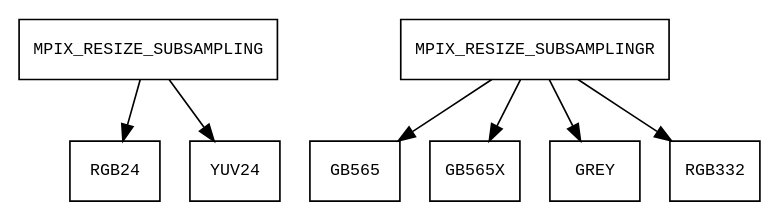
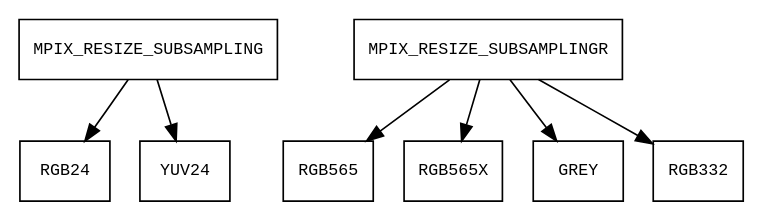
One commit to thecapn32/libmpix changed the diagram in docs/dot/op_resize.dot. Above: the diagram before and after it, drawn with Graphviz. The commit also changed 1 other file, not shown here.

Commit message:
docs: fix RGB565/RGB565X graphviz graph

```diff
--- a/docs/dot/op_resize.dot
+++ b/docs/dot/op_resize.dot
@@ -1,27 +1,27 @@
 digraph mpix_op_convert_list {
     node [fontname=monospace, fontsize=10, shape=record];
 
     RGB24 [ label="RGB24" URL="@ref MPIX_FMT_RGB24"];
     MPIX_RESIZE_SUBSAMPLING [ label="MPIX_RESIZE_SUBSAMPLING" URL="@ref MPIX_RESIZE_MPIX_RESIZE_SUBSAMPLING"];
     MPIX_RESIZE_SUBSAMPLING -> RGB24 [label="", fontname=monospace, fontsize=9];
 
     YUV24 [ label="YUV24" URL="@ref MPIX_FMT_YUV24"];
     MPIX_RESIZE_SUBSAMPLING [ label="MPIX_RESIZE_SUBSAMPLING" URL="@ref MPIX_RESIZE_MPIX_RESIZE_SUBSAMPLING"];
     MPIX_RESIZE_SUBSAMPLING -> YUV24 [label="", fontname=monospace, fontsize=9];
 
-    GB565 [ label="GB565" URL="@ref MPIX_FMT_GB565"];
+    RGB565 [ label="RGB565" URL="@ref MPIX_FMT_RGB565"];
     MPIX_RESIZE_SUBSAMPLINGR [ label="MPIX_RESIZE_SUBSAMPLINGR" URL="@ref MPIX_RESIZE_MPIX_RESIZE_SUBSAMPLINGR"];
-    MPIX_RESIZE_SUBSAMPLINGR -> GB565 [label="", fontname=monospace, fontsize=9];
+    MPIX_RESIZE_SUBSAMPLINGR -> RGB565 [label="", fontname=monospace, fontsize=9];
 
-    GB565X [ label="GB565X" URL="@ref MPIX_FMT_GB565X"];
+    RGB565X [ label="RGB565X" URL="@ref MPIX_FMT_RGB565X"];
     MPIX_RESIZE_SUBSAMPLINGR [ label="MPIX_RESIZE_SUBSAMPLINGR" URL="@ref MPIX_RESIZE_MPIX_RESIZE_SUBSAMPLINGR"];
-    MPIX_RESIZE_SUBSAMPLINGR -> GB565X [label="", fontname=monospace, fontsize=9];
+    MPIX_RESIZE_SUBSAMPLINGR -> RGB565X [label="", fontname=monospace, fontsize=9];
 
     GREY [ label="GREY" URL="@ref MPIX_FMT_GREY"];
     MPIX_RESIZE_SUBSAMPLINGR [ label="MPIX_RESIZE_SUBSAMPLINGR" URL="@ref MPIX_RESIZE_MPIX_RESIZE_SUBSAMPLINGR"];
     MPIX_RESIZE_SUBSAMPLINGR -> GREY [label="", fontname=monospace, fontsize=9];
 
     RGB332 [ label="RGB332" URL="@ref MPIX_FMT_RGB332"];
     MPIX_RESIZE_SUBSAMPLINGR [ label="MPIX_RESIZE_SUBSAMPLINGR" URL="@ref MPIX_RESIZE_MPIX_RESIZE_SUBSAMPLINGR"];
     MPIX_RESIZE_SUBSAMPLINGR -> RGB332 [label="", fontname=monospace, fontsize=9];
 }
```
